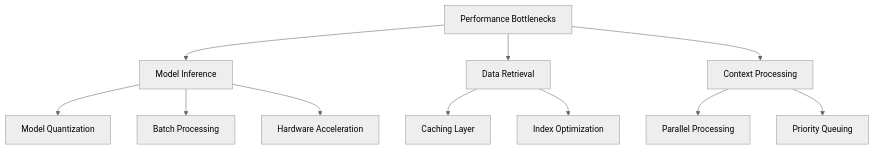
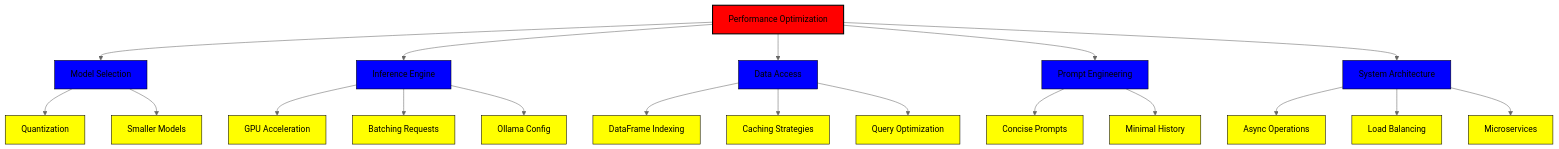
One commit to NaXzyu/StoryTeller changed diagram 20 of 23 in docs/Specification.md. Above: the diagram before and after it, drawn with Mermaid (neutral theme). The commit also changed other lines of this file and 5 other files, not shown here.

````diff
--- a/docs/Specification.md
+++ b/docs/Specification.md
@@ -360,16 +1400,34 @@
 ```mermaid
 graph TD
-    A[Performance Bottlenecks] --> B[Model Inference]
-    A --> C[Data Retrieval]
-    A --> D[Context Processing]
+    A[Performance Optimization] --> B[Model Selection]
+    A --> C[Inference Engine]
+    A --> D[Data Access]
+    A --> E[Prompt Engineering]
+    A --> F[System Architecture]
     
-    B --> E[Model Quantization]
-    B --> F[Batch Processing]
-    B --> G[Hardware Acceleration]
+    B --> B1[Quantization]
+    B --> B2[Smaller Models]
     
-    C --> H[Caching Layer]
-    C --> I[Index Optimization]
+    C --> C1[GPU Acceleration]
+    C --> C2[Batching Requests]
+    C --> C3[Ollama Config]
     
-    D --> J[Parallel Processing]
-    D --> K[Priority Queuing]
+    D --> D1[DataFrame Indexing]
+    D --> D2[Caching Strategies]
+    D --> D3[Query Optimization]
+    
+    E --> E1[Concise Prompts]
+    E --> E2[Minimal History]
+    
+    F --> F1[Async Operations]
+    F --> F2[Load Balancing]
+    F --> F3[Microservices]
+    
+    classDef main fill:#FF0000,stroke:#000000,stroke-width:2px
+    classDef category fill:#0000FF,stroke:#000000,stroke-width:1px
+    classDef item fill:#FFFF00,stroke:#000000,stroke-width:1px
+    
+    class A main
+    class B,C,D,E,F category
+    class B1,B2,C1,C2,C3,D1,D2,D3,E1,E2,F1,F2,F3 item
 ```
````
